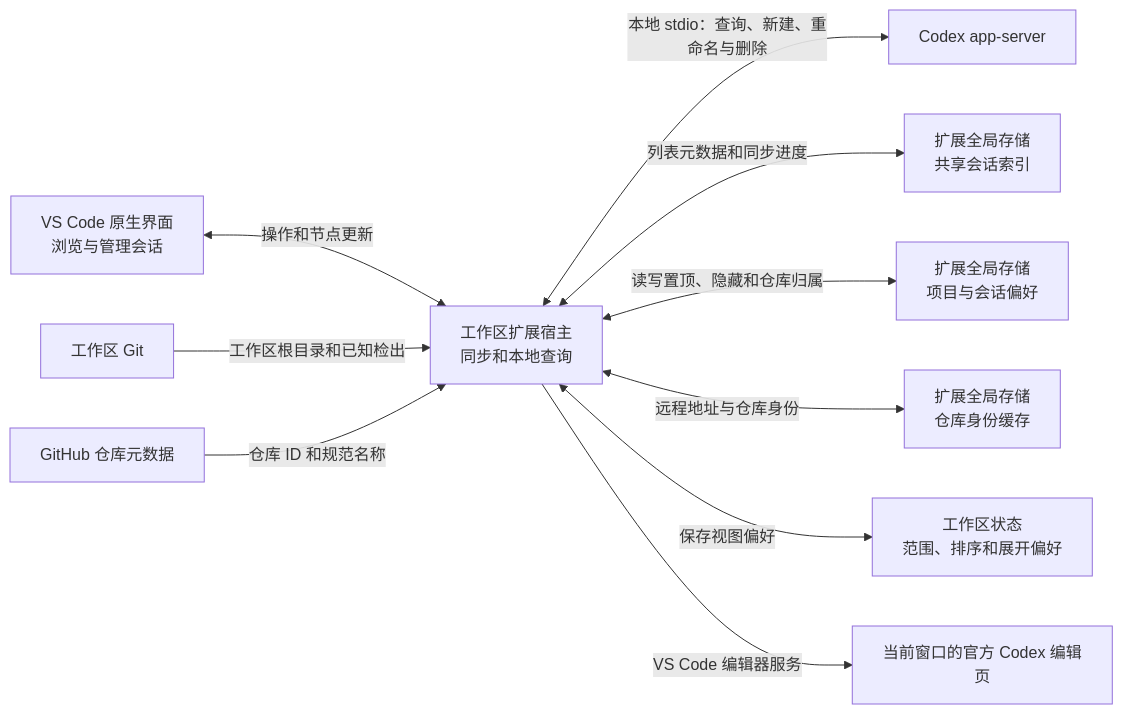
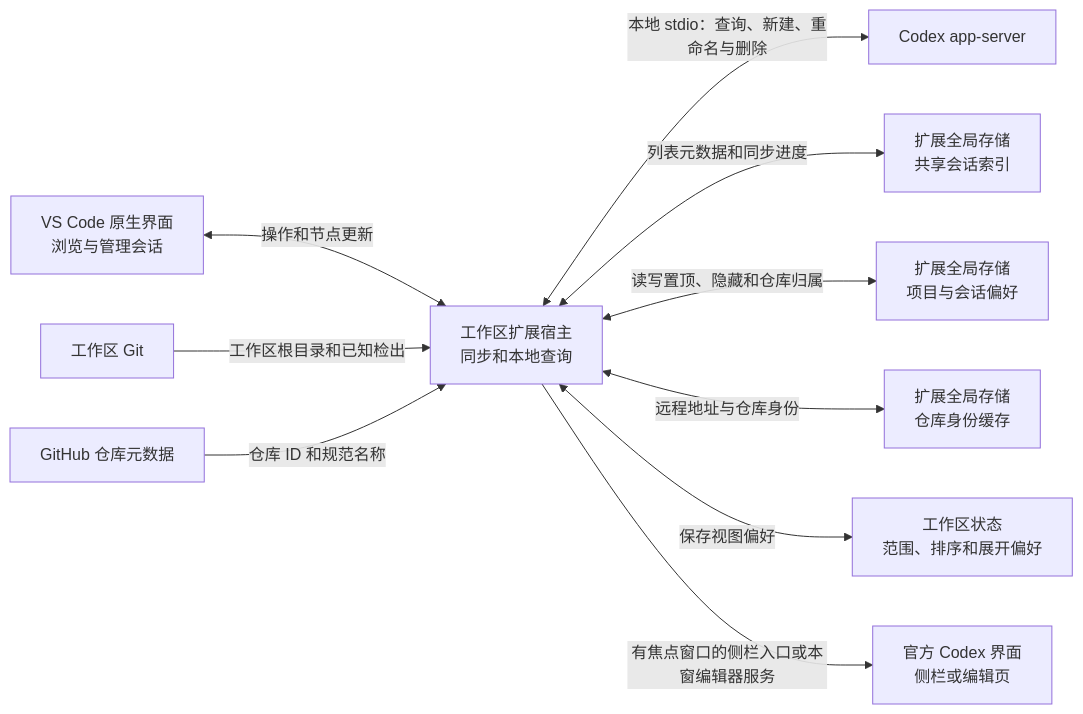
One commit to jaypume/vscode-codex-chats-list changed the diagram in ARCH.md. Above: the diagram before and after it, drawn with Mermaid. The commit also changed other lines of this file and 17 other files, not shown here.

````diff
--- a/ARCH.md
+++ b/ARCH.md
@@ -3,22 +3,22 @@
 ```mermaid
 flowchart LR
   UI["VS Code 原生界面<br/>浏览与管理会话"]
   Host["工作区扩展宿主<br/>同步和本地查询"]
   Git["工作区 Git"]
   GitHub["GitHub 仓库元数据"]
   Server["Codex app-server"]
-  Codex["当前窗口的官方 Codex 编辑页"]
+  Codex["官方 Codex 界面<br/>侧栏或编辑页"]
   Prefs["工作区状态<br/>范围、排序和展开偏好"]
   Index["扩展全局存储<br/>共享会话索引"]
   Preferences["扩展全局存储<br/>项目与会话偏好"]
   Repositories["扩展全局存储<br/>仓库身份缓存"]
   UI <-->|"操作和节点更新"| Host
   Host <-->|"本地 stdio：查询、新建、重命名与删除"| Server
   Host <-->|"列表元数据和同步进度"| Index
   Host <-->|"读写置顶、隐藏和仓库归属"| Preferences
   Git -->|"工作区根目录和已知检出"| Host
   GitHub -->|"仓库 ID 和规范名称"| Host
   Host <-->|"远程地址与仓库身份"| Repositories
   Host <-->|"保存视图偏好"| Prefs
-  Host -->|"VS Code 编辑器服务"| Codex
+  Host -->|"有焦点窗口的侧栏入口或本窗编辑器服务"| Codex
 ```
````
